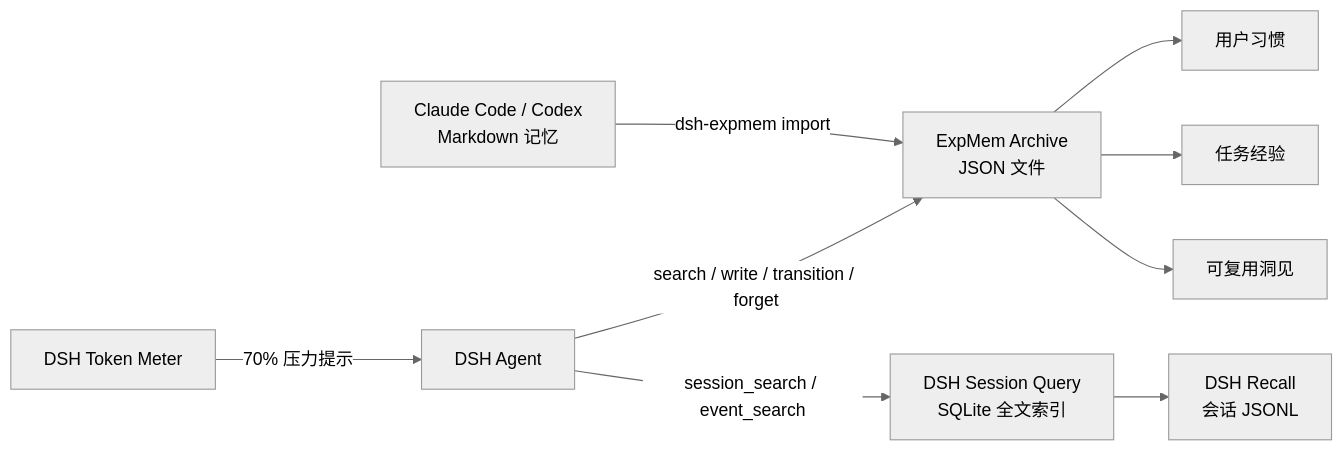
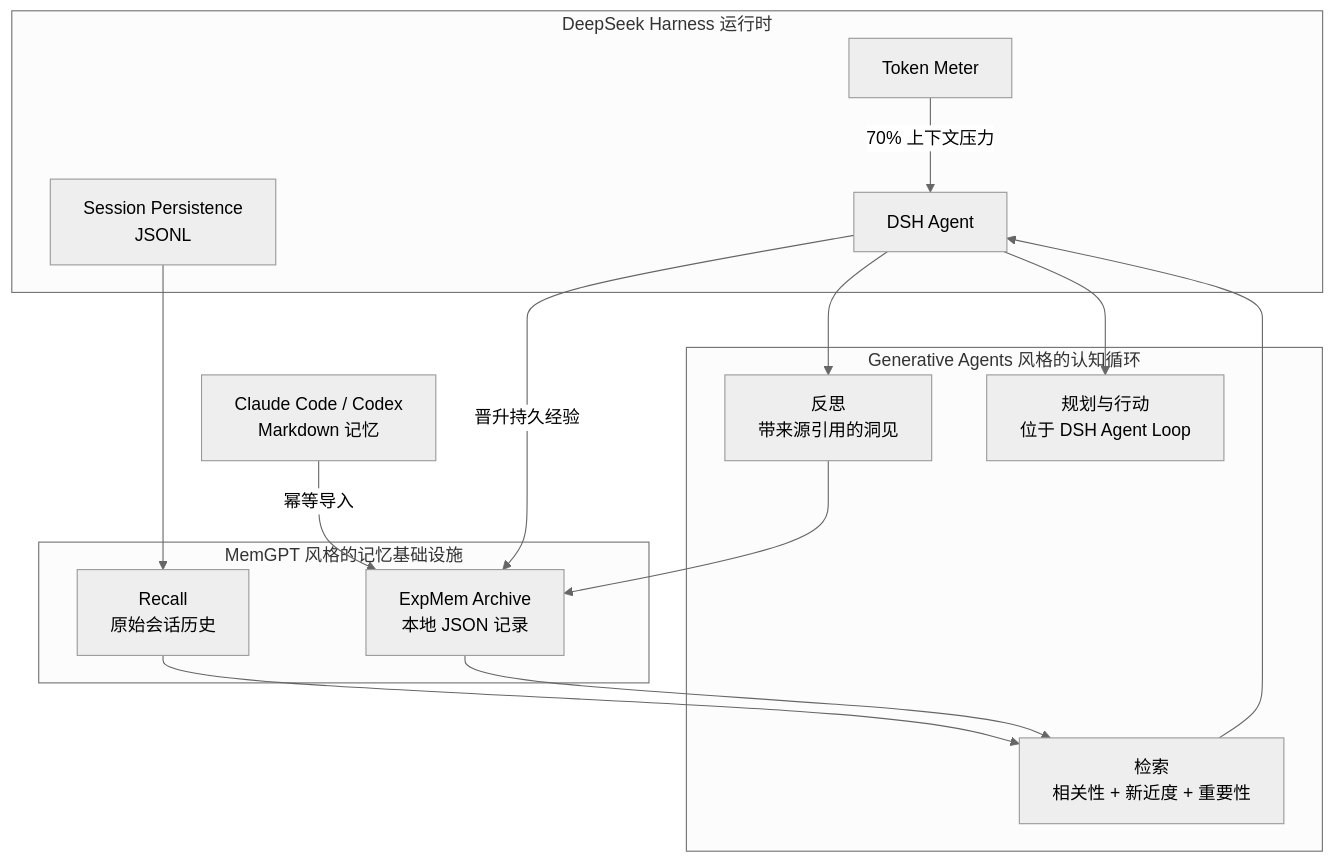
Before and after one commit to creativedswork/dsh-expmem: the diagram in README.zh-CN.md, drawn with Mermaid (neutral theme). The commit also changed other lines of this file and 9 other files, not shown here.

Commit message:
feat: add generative experience memory

````diff
--- a/README.zh-CN.md
+++ b/README.zh-CN.md
@@ -11,15 +21,30 @@
 ```mermaid
-flowchart LR
-  Agent["DSH Agent"]
-  Sources["Claude Code / Codex<br/>Markdown 记忆"]
+flowchart TB
+  subgraph Runtime["DeepSeek Harness 运行时"]
+    Agent["DSH Agent"]
+    Meter["Token Meter"]
+    Sessions["Session Persistence<br/>JSONL"]
+  end
 
-  Agent -->|"search / write / transition / forget"| Archive["ExpMem Archive<br/>JSON 文件"]
-  Agent -->|"session_search / event_search"| Query["DSH Session Query<br/>SQLite 全文索引"]
-  Meter["DSH Token Meter"] -->|"70% 压力提示"| Agent
-  Query --> Recall["DSH Recall<br/>会话 JSONL"]
-  Sources -->|"dsh-expmem import"| Archive
+  subgraph Memory["MemGPT 风格的记忆基础设施"]
+    Recall["Recall<br/>原始会话历史"]
+    Archive["ExpMem Archive<br/>本地 JSON 记录"]
+  end
 
-  Archive --> Habits["用户习惯"]
-  Archive --> Experience["任务经验"]
-  Archive --> Insights["可复用洞见"]
+  subgraph Cognition["Generative Agents 风格的认知循环"]
+    Retrieve["检索<br/>相关性 + 新近度 + 重要性"]
+    Reflect["反思<br/>带来源引用的洞见"]
+    Plan["规划与行动<br/>位于 DSH Agent Loop"]
+  end
+
+  Sources["Claude Code / Codex<br/>Markdown 记忆"] -->|"幂等导入"| Archive
+  Sessions --> Recall
+  Meter -->|"70% 上下文压力"| Agent
+  Recall --> Retrieve
+  Archive --> Retrieve
+  Retrieve --> Agent
+  Agent -->|"晋升持久经验"| Archive
+  Agent --> Reflect
+  Reflect --> Archive
+  Agent --> Plan
 ```
````
